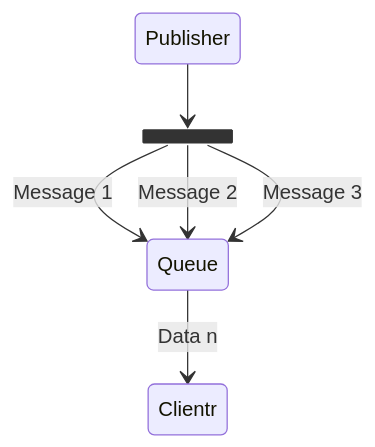
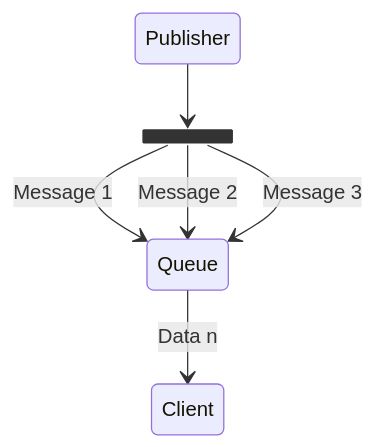
One commit to kanbanyte/sepa changed the third of 4 diagrams in assessments/sadrr.md. Above: the diagram before and after it, drawn with Mermaid.

````diff
--- a/assessments/sadrr.md
+++ b/assessments/sadrr.md
@@ -350,15 +350,15 @@
 ```mermaid
 stateDiagram
 	%% nodes
 	state "Publisher" as P
 	state "Queue" as Q
-	state "Clientr" as C
+	state "Client" as C
 	state fork <<fork>>
 	
 	%% transitions
 	P --> fork
 	fork --> Q : Message 1
 	fork --> Q : Message 2
 	fork --> Q : Message 3
 	Q --> C : Data n
 ```
````
